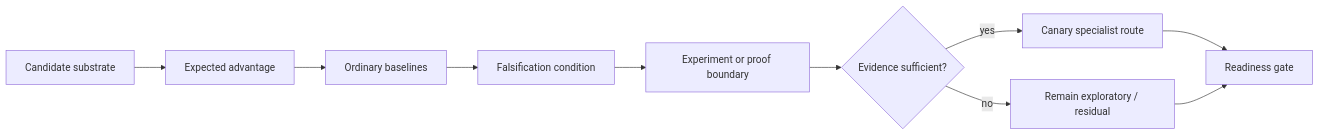
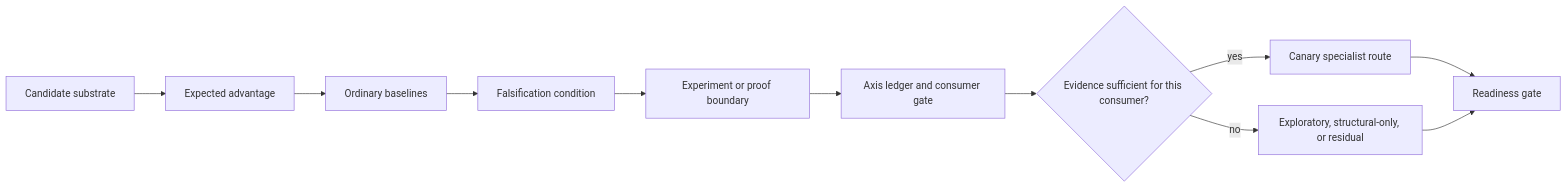
Before and after one commit to corbensorenson/asi-stack-book: the diagram in chapters/mathematical-and-search-substrates.qmd, drawn with Mermaid. The commit also changed other lines of this file and 13 other files, not shown here.

````diff
--- a/chapters/mathematical-and-search-substrates.qmd
+++ b/chapters/mathematical-and-search-substrates.qmd
@@ -105,12 +105,13 @@
 ```{mermaid}
 flowchart LR
   A["Candidate substrate"] --> B["Expected advantage"]
   B --> C["Ordinary baselines"]
   C --> D["Falsification condition"]
   D --> E["Experiment or proof boundary"]
-  E --> F{"Evidence sufficient?"}
-  F -- "yes" --> G["Canary specialist route"]
-  F -- "no" --> H["Remain exploratory / residual"]
-  G --> I["Readiness gate"]
-  H --> I
+  E --> F["Axis ledger and consumer gate"]
+  F --> G{"Evidence sufficient for this consumer?"}
+  G -- "yes" --> H["Canary specialist route"]
+  G -- "no" --> I["Exploratory, structural-only, or residual"]
+  H --> J["Readiness gate"]
+  I --> J
 ```
````
